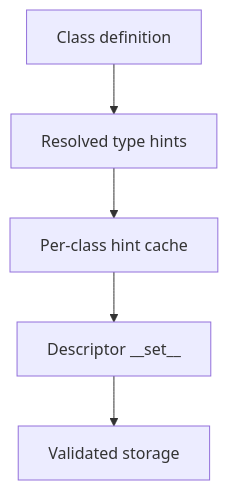
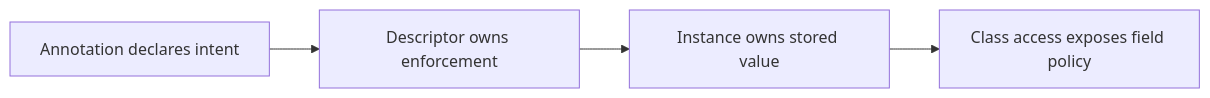
The second of 3 diagrams in programs/python-programming/python-meta-programming/course-book/module-06-class-customization-pre-metaclasses/type-hints-and-descriptor-backed-validation.md (bijux/bijux-masterclass), drawn with Mermaid before and after one commit. The commit also changed other lines of this file, not shown here.

Commit message:
docs(module-06): give descriptor enforcement an explicit owner

````diff
--- a/programs/python-programming/python-meta-programming/course-book/module-06-class-customization-pre-metaclasses/type-hints-and-descriptor-backed-validation.md
+++ b/programs/python-programming/python-meta-programming/course-book/module-06-class-customization-pre-metaclasses/type-hints-and-descriptor-backed-validation.md
@@ -88,9 +18,6 @@
 ```mermaid
-graph TD
-  classNode["Class definition"]
-  hints["Resolved type hints"]
-  cache["Per-class hint cache"]
-  descriptor["Descriptor __set__"]
-  store["Validated storage"]
-  classNode --> hints --> cache --> descriptor --> store
+flowchart LR
+  declare["Annotation declares intent"] --> own["Descriptor owns enforcement"]
+  own --> store["Instance owns stored value"]
+  store --> inspect["Class access exposes field policy"]
 ```
````
